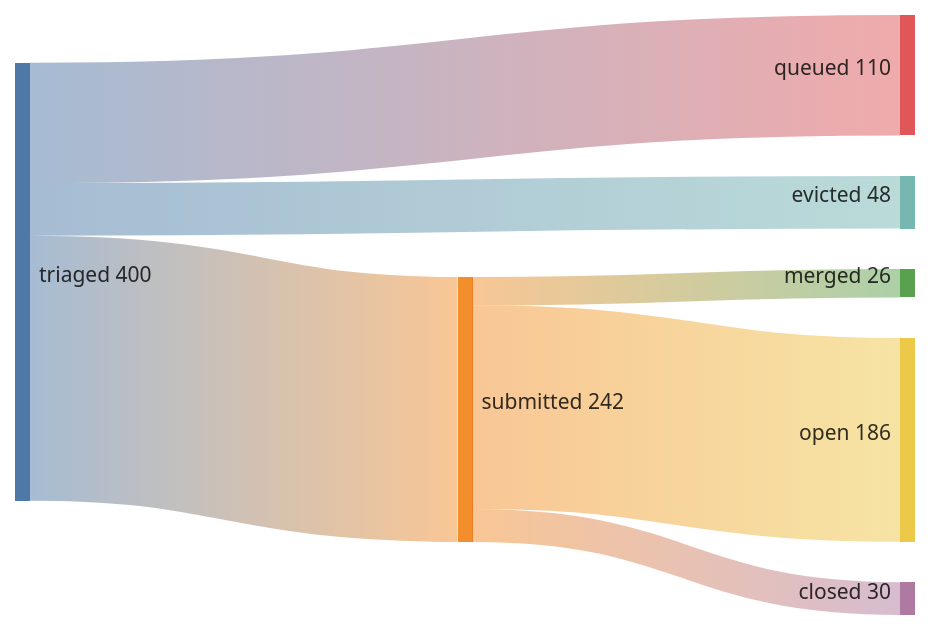
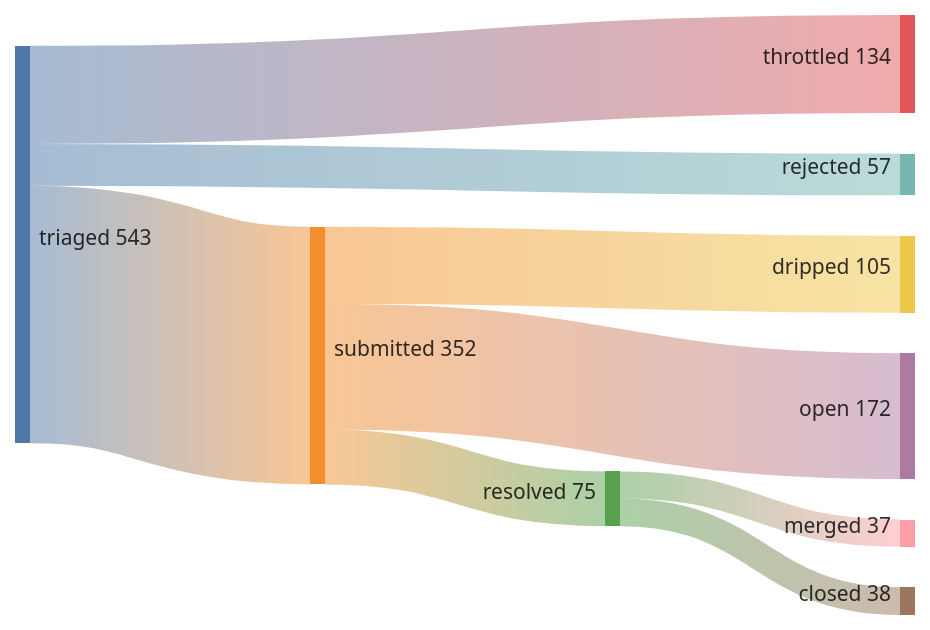
Before and after one commit to kimjune01/kimjune01: the first of 2 diagrams in README.md, drawn with Mermaid. The commit also changed other lines of this file and 1 other file, not shown here.

````diff
--- a/README.md
+++ b/README.md
@@ -3,9 +5,11 @@
 ```mermaid
 sankey-beta
-    triaged,    submitted, 242
-    triaged,    queued,    110
-    triaged,    evicted,    48
-    submitted,  merged,     26
-    submitted,  open,      186
-    submitted,  closed,     30
+    triaged,    submitted, 352
+    triaged,    throttled, 134
+    triaged,    rejected,  57
+    submitted,  resolved,  75
+    submitted,  dripped,   105
+    submitted,  open,      172
+    resolved,   merged,    37
+    resolved,   closed,    38
 ```
````
